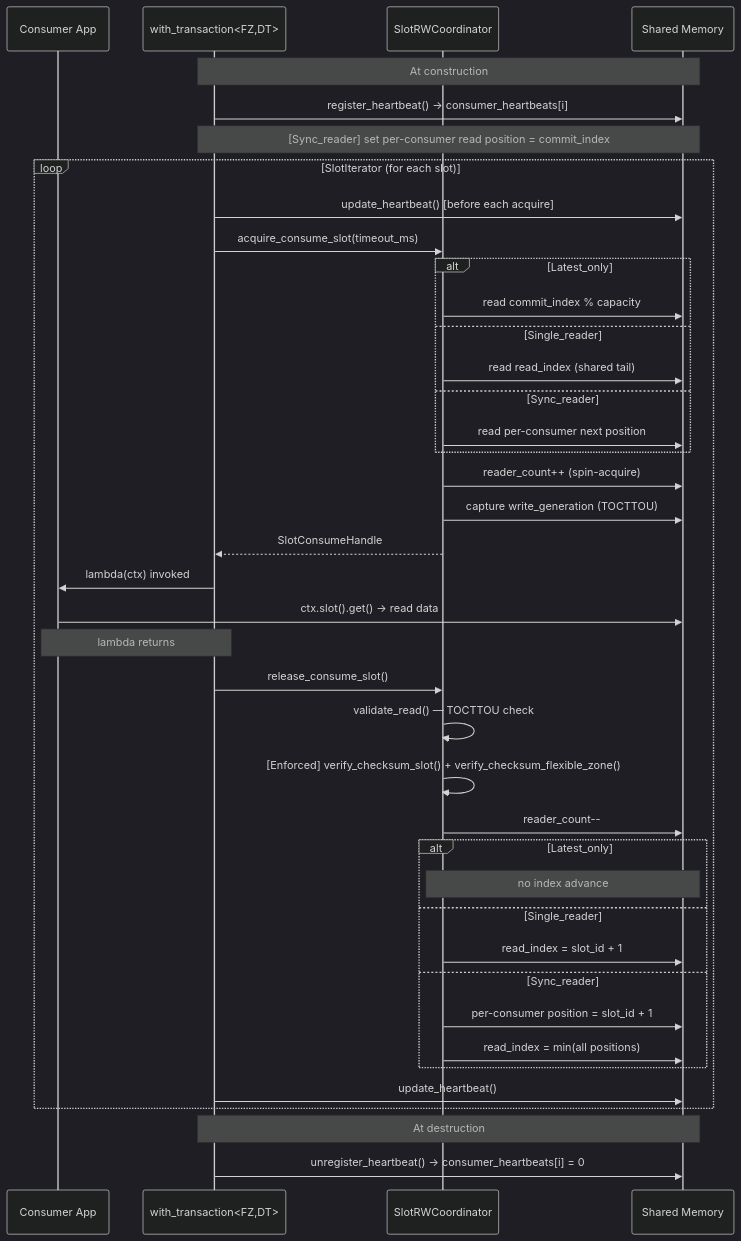
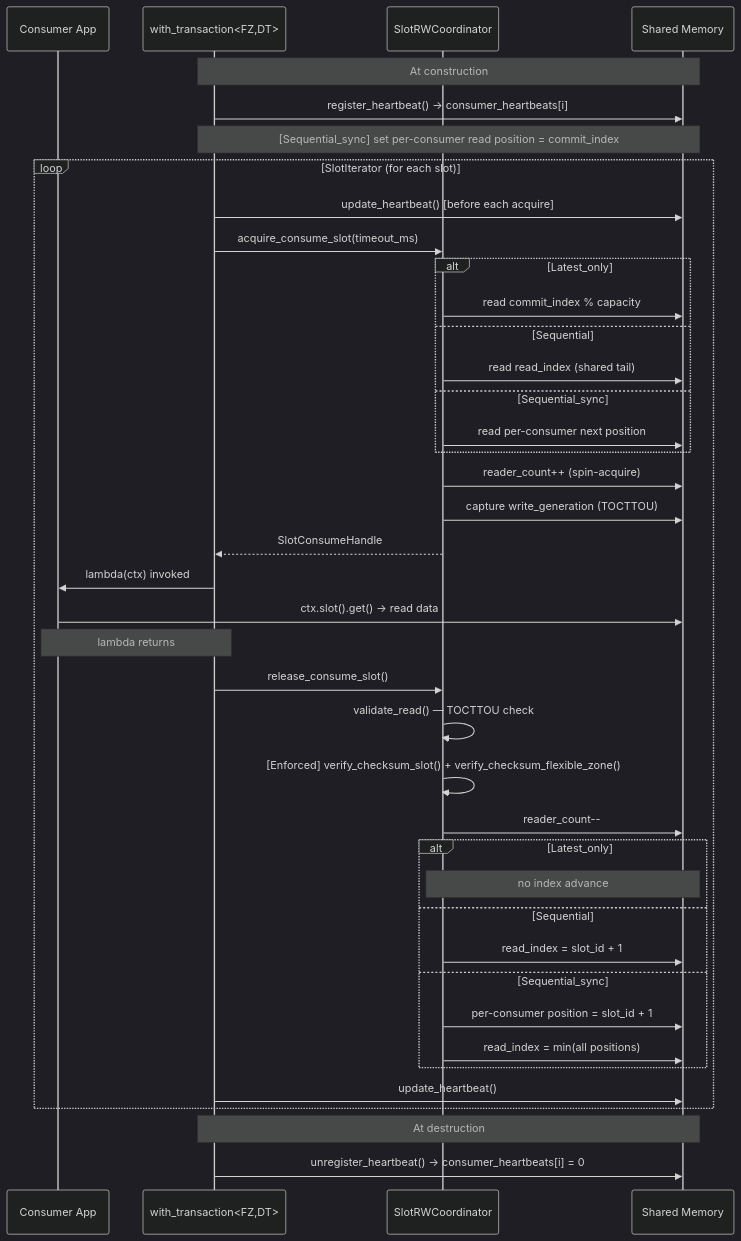
One commit to Qing-LAB/pylabhub changed the fourth of 8 diagrams in cpp/docs/HEP/HEP-CORE-0007-DataHub-Protocol-and-Policy.md. Above: the diagram before and after it, drawn with Mermaid. The commit also changed other lines of this file and 152 other files, not shown here.

````diff
--- a/cpp/docs/HEP/HEP-CORE-0007-DataHub-Protocol-and-Policy.md
+++ b/cpp/docs/HEP/HEP-CORE-0007-DataHub-Protocol-and-Policy.md
@@ -199,48 +199,48 @@
 ```mermaid
 %%{init: {'theme': 'dark'}}%%
 sequenceDiagram
     participant App as Consumer App
     participant TX as with_transaction<FZ,DT>
     participant Slot as SlotRWCoordinator
     participant SHM as Shared Memory
 
     Note over TX,SHM: At construction
     TX->>SHM: register_heartbeat() → consumer_heartbeats[i]
-    Note over TX,SHM: [Sync_reader] set per-consumer read position = commit_index
+    Note over TX,SHM: [Sequential_sync] set per-consumer read position = commit_index
 
     loop SlotIterator (for each slot)
         TX->>SHM: update_heartbeat() [before each acquire]
         TX->>Slot: acquire_consume_slot(timeout_ms)
         alt Latest_only
             Slot->>SHM: read commit_index % capacity
-        else Single_reader
+        else Sequential
             Slot->>SHM: read read_index (shared tail)
-        else Sync_reader
+        else Sequential_sync
             Slot->>SHM: read per-consumer next position
         end
         Slot->>SHM: reader_count++ (spin-acquire)
         Slot->>SHM: capture write_generation (TOCTTOU)
         Slot-->>TX: SlotConsumeHandle
 
         TX->>App: lambda(ctx) invoked
         App->>SHM: ctx.slot().get() → read data
         Note over App,TX: lambda returns
 
         TX->>Slot: release_consume_slot()
         Slot->>Slot: validate_read() — TOCTTOU check
         Slot->>Slot: [Enforced] verify_checksum_slot() + verify_checksum_flexible_zone()
         Slot->>SHM: reader_count--
         alt Latest_only
             Note over Slot,SHM: no index advance
-        else Single_reader
+        else Sequential
             Slot->>SHM: read_index = slot_id + 1
-        else Sync_reader
+        else Sequential_sync
             Slot->>SHM: per-consumer position = slot_id + 1
             Slot->>SHM: read_index = min(all positions)
         end
         TX->>SHM: update_heartbeat()
     end
 
     Note over TX,SHM: At destruction
     TX->>SHM: unregister_heartbeat() → consumer_heartbeats[i] = 0
 ```
````
